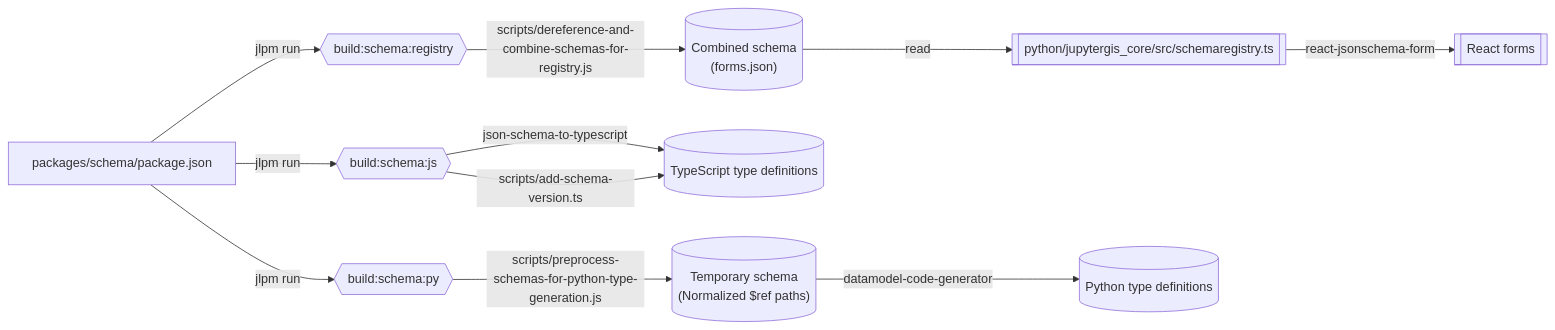
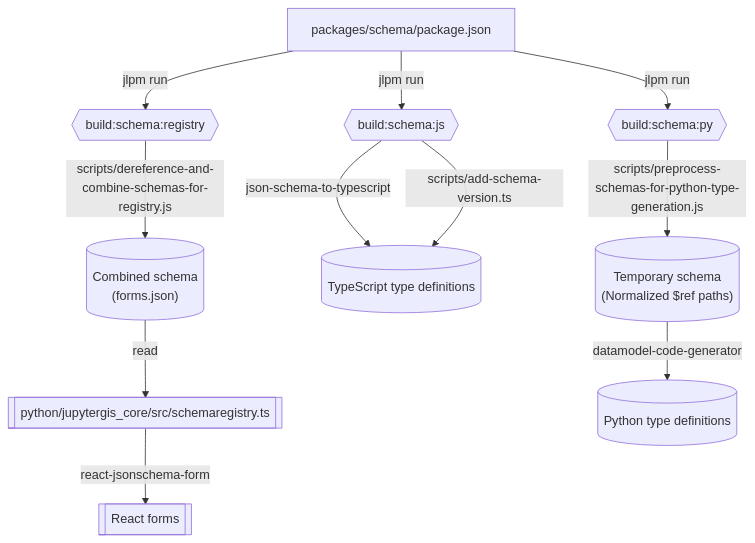
The diagram in docs/contributor_guide/explanation/code-generation.md (geojupyter/jupytergis), drawn with Mermaid before and after one commit.

Commit message:
Switch flowchart to top-down
It was rendering too small in left-to-right mode

````diff
--- a/docs/contributor_guide/explanation/code-generation.md
+++ b/docs/contributor_guide/explanation/code-generation.md
@@ -14,30 +14,30 @@
 ```mermaid
-flowchart LR
+flowchart TD
     package-manifest[packages/schema/package.json]
     npm-script-schema-registry{{build:schema:registry}}
     npm-script-schema-js{{build:schema:js}}
     npm-script-schema-py{{build:schema:py}}
 
     combined-schema[(Combined schema<br/>&lpar;forms.json&rpar;)]
     schema-registry[[python/jupytergis_core/src/schemaregistry.ts]]
     react-forms[[React forms]]
 
     ts-types[(TypeScript type definitions)]
 
     tmp-schema[(Temporary schema<br/>&lpar;Normalized $ref paths&rpar;)]
     py-types[(Python type definitions)]
 
     package-manifest -->|jlpm run| npm-script-schema-registry
     package-manifest -->|jlpm run| npm-script-schema-js
     package-manifest -->|jlpm run| npm-script-schema-py
 
     npm-script-schema-registry -->|scripts/dereference-and-combine-schemas-for-registry.js| combined-schema
     -->|read| schema-registry
     -->|react-jsonschema-form| react-forms
 
     npm-script-schema-js -->|json-schema-to-typescript| ts-types
     npm-script-schema-js -->|scripts/add-schema-version.ts| ts-types
 
     npm-script-schema-py -->|scripts/preprocess-schemas-for-python-type-generation.js| tmp-schema
     --> |datamodel-code-generator| py-types
 ```
````
